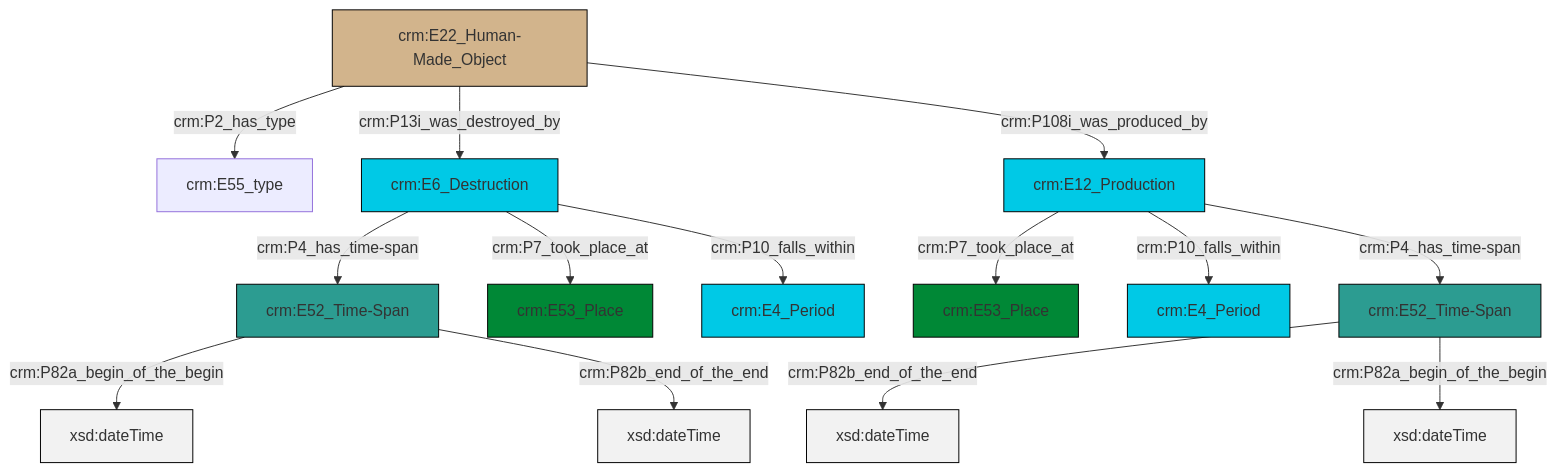
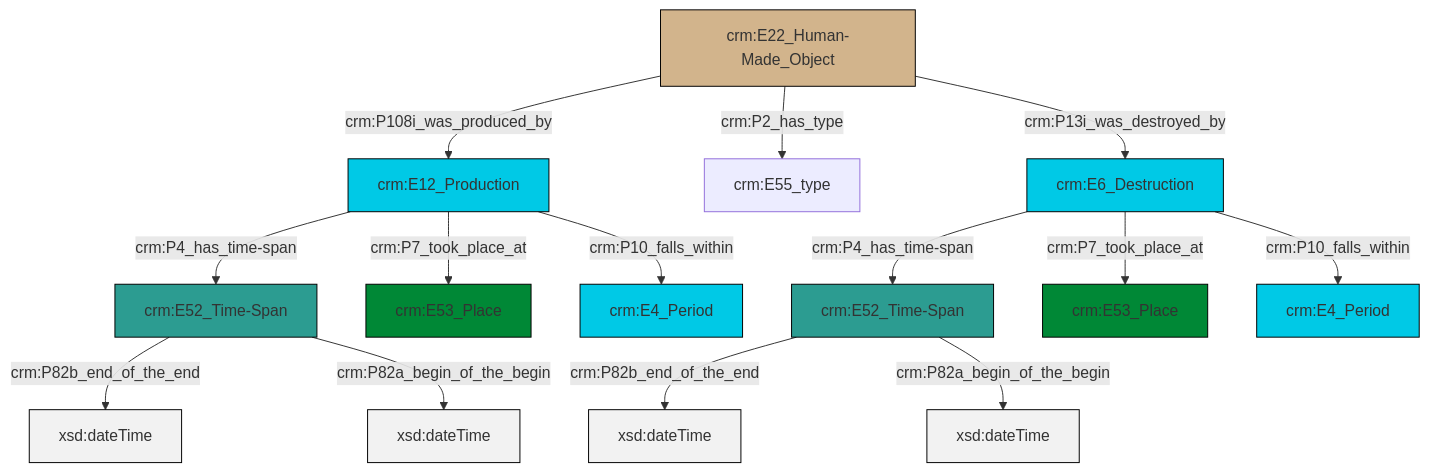
One commit to swiss-art-research-net/reference-data-models changed the diagram in et/artworkCSV/ttl/mmd/Artwork_Existence.ttl.mmd. Above: the diagram before and after it, drawn with Mermaid. The commit also changed 125 other files, not shown here.

```diff
--- a/et/artworkCSV/ttl/mmd/Artwork_Existence.ttl.mmd
+++ b/et/artworkCSV/ttl/mmd/Artwork_Existence.ttl.mmd
@@ -1,28 +1,28 @@
 graph TD
 classDef Literal fill:#f2f2f2,stroke:#000000;
 classDef CRM_Entity fill:#FFFFFF,stroke:#000000;
 classDef Temporal_Entity fill:#00C9E6, stroke:#000000;
 classDef Type fill:#E18312, stroke:#000000;
 classDef Time-Span fill:#2C9C91, stroke:#000000;
 classDef Appellation fill:#FFEB7F, stroke:#000000;
 classDef Place fill:#008836, stroke:#000000;
 classDef Persistent_Item fill:#B266B2, stroke:#000000;
 classDef Conceptual_Object fill:#FFD700, stroke:#000000;
 classDef Physical_Thing fill:#D2B48C, stroke:#000000;
 classDef Actor fill:#f58aad, stroke:#000000;
 classDef PC_Classes fill:#4ce600, stroke:#000000;
 classDef Multi fill:#cccccc,stroke:#000000;
 
-6["crm:E52_Time-Span"]:::Time-Span -->|crm:P82a_begin_of_the_begin| 7[xsd:dateTime]:::Literal
-8["crm:E12_Production"]:::Temporal_Entity -->|crm:P7_took_place_at| 9["crm:E53_Place"]:::Place
-10["crm:E6_Destruction"]:::Temporal_Entity -->|crm:P4_has_time-span| 6["crm:E52_Time-Span"]:::Time-Span
-4["crm:E22_Human-Made_Object"]:::Physical_Thing -->|crm:P2_has_type| 16["crm:E55_type"]:::Default
-4["crm:E22_Human-Made_Object"]:::Physical_Thing -->|crm:P13i_was_destroyed_by| 10["crm:E6_Destruction"]:::Temporal_Entity
-0["crm:E52_Time-Span"]:::Time-Span -->|crm:P82b_end_of_the_end| 17[xsd:dateTime]:::Literal
-8["crm:E12_Production"]:::Temporal_Entity -->|crm:P10_falls_within| 2["crm:E4_Period"]:::Temporal_Entity
-10["crm:E6_Destruction"]:::Temporal_Entity -->|crm:P7_took_place_at| 18["crm:E53_Place"]:::Place
-4["crm:E22_Human-Made_Object"]:::Physical_Thing -->|crm:P108i_was_produced_by| 8["crm:E12_Production"]:::Temporal_Entity
-8["crm:E12_Production"]:::Temporal_Entity -->|crm:P4_has_time-span| 0["crm:E52_Time-Span"]:::Time-Span
-10["crm:E6_Destruction"]:::Temporal_Entity -->|crm:P10_falls_within| 14["crm:E4_Period"]:::Temporal_Entity
-6["crm:E52_Time-Span"]:::Time-Span -->|crm:P82b_end_of_the_end| 22[xsd:dateTime]:::Literal
-0["crm:E52_Time-Span"]:::Time-Span -->|crm:P82a_begin_of_the_begin| 23[xsd:dateTime]:::Literal
+2["crm:E12_Production"]:::Temporal_Entity -->|crm:P4_has_time-span| 3["crm:E52_Time-Span"]:::Time-Span
+4["crm:E22_Human-Made_Object"]:::Physical_Thing -->|crm:P108i_was_produced_by| 2["crm:E12_Production"]:::Temporal_Entity
+4["crm:E22_Human-Made_Object"]:::Physical_Thing -->|crm:P2_has_type| 5["crm:E55_type"]:::Default
+6["crm:E52_Time-Span"]:::Time-Span -->|crm:P82b_end_of_the_end| 7[xsd:dateTime]:::Literal
+2["crm:E12_Production"]:::Temporal_Entity -->|crm:P7_took_place_at| 0["crm:E53_Place"]:::Place
+4["crm:E22_Human-Made_Object"]:::Physical_Thing -->|crm:P13i_was_destroyed_by| 8["crm:E6_Destruction"]:::Temporal_Entity
+8["crm:E6_Destruction"]:::Temporal_Entity -->|crm:P4_has_time-span| 6["crm:E52_Time-Span"]:::Time-Span
+8["crm:E6_Destruction"]:::Temporal_Entity -->|crm:P7_took_place_at| 11["crm:E53_Place"]:::Place
+3["crm:E52_Time-Span"]:::Time-Span -->|crm:P82b_end_of_the_end| 13[xsd:dateTime]:::Literal
+6["crm:E52_Time-Span"]:::Time-Span -->|crm:P82a_begin_of_the_begin| 20[xsd:dateTime]:::Literal
+2["crm:E12_Production"]:::Temporal_Entity -->|crm:P10_falls_within| 21["crm:E4_Period"]:::Temporal_Entity
+8["crm:E6_Destruction"]:::Temporal_Entity -->|crm:P10_falls_within| 9["crm:E4_Period"]:::Temporal_Entity
+3["crm:E52_Time-Span"]:::Time-Span -->|crm:P82a_begin_of_the_begin| 23[xsd:dateTime]:::Literal
```
